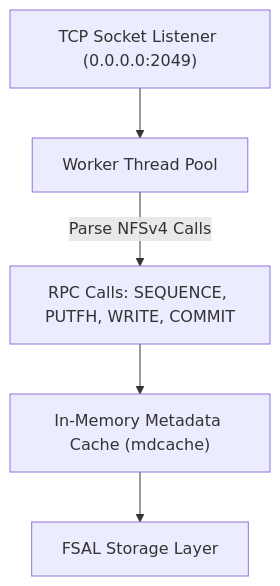
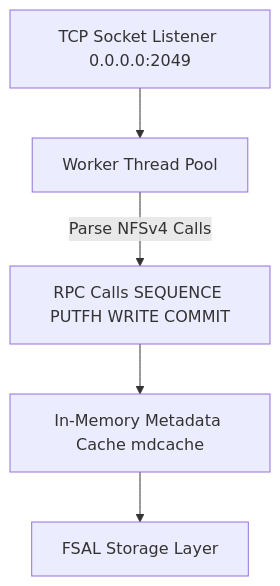
Before and after one commit to seang454/nfs-cluster: the fourth of 14 diagrams in nfs-cluster/HA-NFS-Ceph-Architecture-Guide.md, drawn with Mermaid. The commit also changed other lines of this file, not shown here.

````diff
--- a/nfs-cluster/HA-NFS-Ceph-Architecture-Guide.md
+++ b/nfs-cluster/HA-NFS-Ceph-Architecture-Guide.md
@@ -166,7 +230,7 @@
 ```mermaid
 flowchart TB
-    TCPListener["TCP Socket Listener (0.0.0.0:2049)"] --> WorkerPool["Worker Thread Pool"]
-    WorkerPool -->|Parse NFSv4 Calls| CompoundCalls["RPC Calls: SEQUENCE, PUTFH, WRITE, COMMIT"]
-    CompoundCalls --> MDCache["In-Memory Metadata Cache (mdcache)"]
+    TCPListener["TCP Socket Listener 0.0.0.0:2049"] --> WorkerPool["Worker Thread Pool"]
+    WorkerPool -->|"Parse NFSv4 Calls"| CompoundCalls["RPC Calls SEQUENCE PUTFH WRITE COMMIT"]
+    CompoundCalls --> MDCache["In-Memory Metadata Cache mdcache"]
     MDCache --> FSAL["FSAL Storage Layer"]
 ```
````
